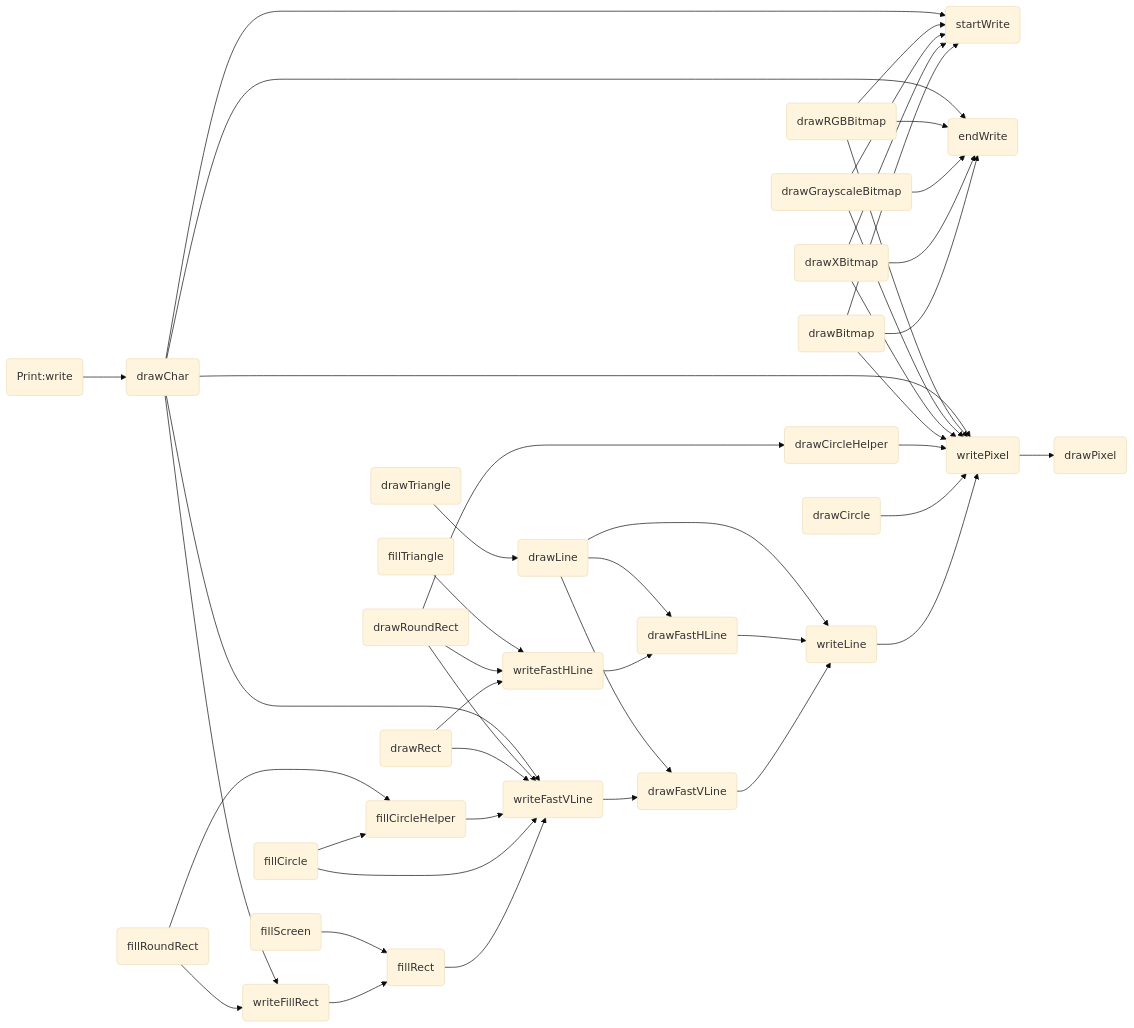
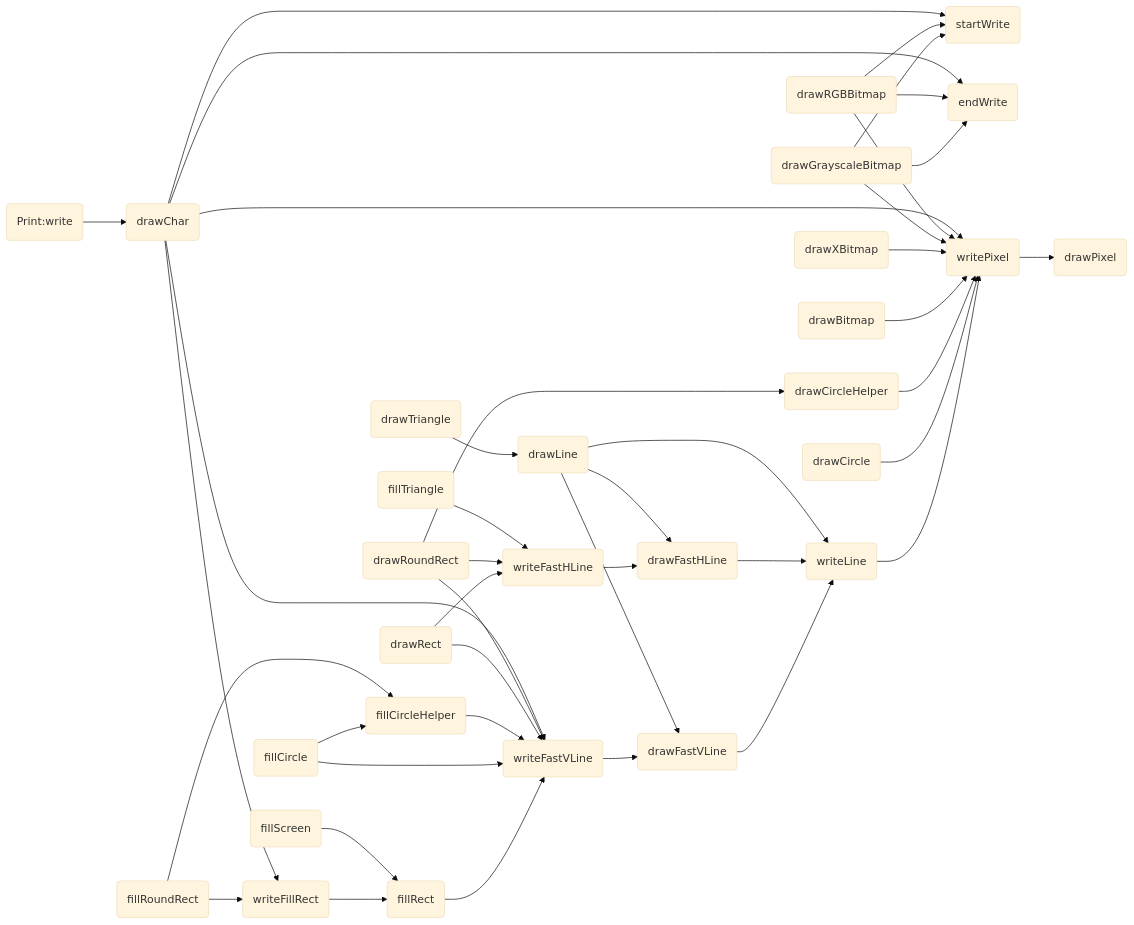
Before and after one commit to icodezhanglei/iodraw-files: the diagram in all/未命名.md, drawn with Mermaid (base theme).

Commit message:
2024-09-13 18:46:56 update

````diff
--- a/all/未命名.md
+++ b/all/未命名.md
@@ -1,61 +1,61 @@
 ```mermaid
 flowchart LR
 
 drawPixel(drawPixel)
 startWrite(startWrite)
 endWrite(endWrite)
 writePixel(writePixel)
 writeFillRect(writeFillRect)
 writeFastVLine(writeFastVLine)
 writeFastHLine(writeFastHLine)
 writeLine(writeLine)
 drawFastVLine(drawFastVLine)
 drawFastHLine(drawFastHLine)
 fillRect(fillRect)
 fillScreen(fillScreen)
 drawLine(drawLine)
 drawRect(drawRect)
 drawCircle(drawCircle)
 drawCircleHelper(drawCircleHelper)
 fillCircle(fillCircle)
 fillCircleHelper(fillCircleHelper)
 drawTriangle(drawTriangle)
 fillTriangle(fillTriangle)
 drawRoundRect(drawRoundRect)
 fillRoundRect(fillRoundRect)
 drawBitmap(drawBitmap)
 drawXBitmap(drawXBitmap)
 drawGrayscaleBitmap(drawGrayscaleBitmap)
 drawRGBBitmap(drawRGBBitmap)
 drawChar(drawChar)
 write(Print:write)
 
 
 writeLine --> writePixel --> drawPixel
 
 writeFastVLine --> drawFastVLine
 drawFastVLine --> writeLine
 
 writeFastHLine --> drawFastHLine
 drawFastHLine --> writeLine
 
 writeFillRect --> fillRect --> writeFastVLine
 
 fillScreen --> fillRect
 drawLine --> drawFastVLine & drawFastHLine &  writeLine
 drawCircle -->  writePixel
 drawCircleHelper --> writePixel
 fillCircle --> writeFastVLine & fillCircleHelper
 fillCircleHelper --> writeFastVLine
 drawRect --> writeFastHLine & writeFastVLine
 drawRoundRect --> writeFastHLine & writeFastVLine & drawCircleHelper
 fillRoundRect -->  writeFillRect & fillCircleHelper
 drawTriangle --> drawLine
 fillTriangle --> writeFastHLine
-drawBitmap --> startWrite & endWrite & writePixel
-drawXBitmap --> startWrite & endWrite & writePixel
+drawBitmap -->  writePixel
+drawXBitmap -->  writePixel
 drawGrayscaleBitmap --> startWrite & endWrite & writePixel
 drawRGBBitmap --> startWrite & endWrite & writePixel
 drawChar --> startWrite & endWrite & writePixel & writeFillRect & writeFastVLine
 write --> drawChar
 ```
````
